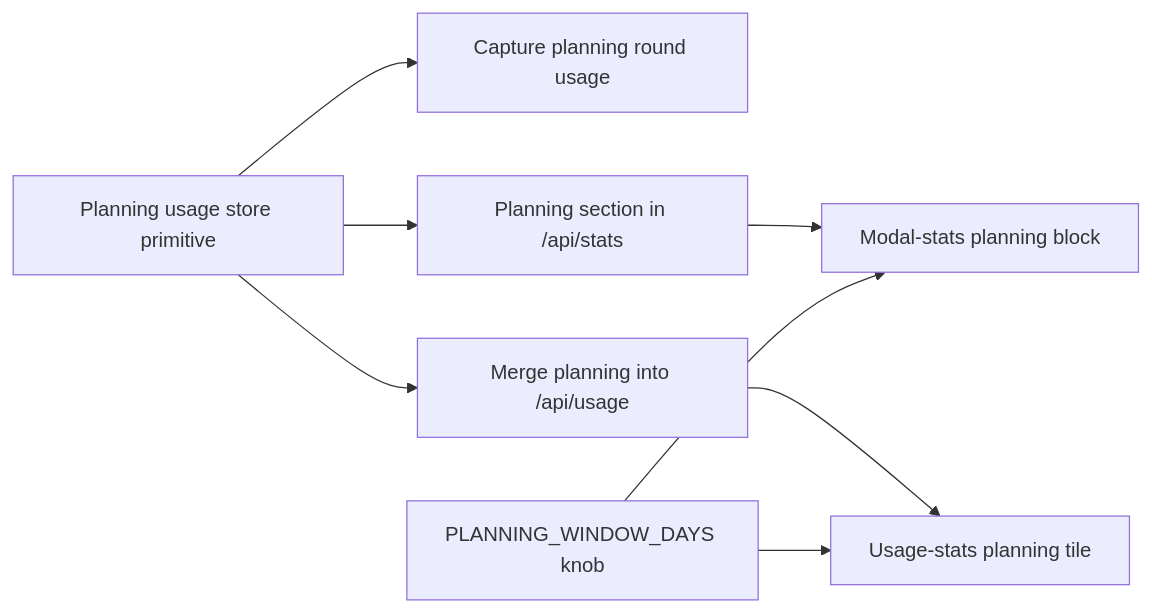
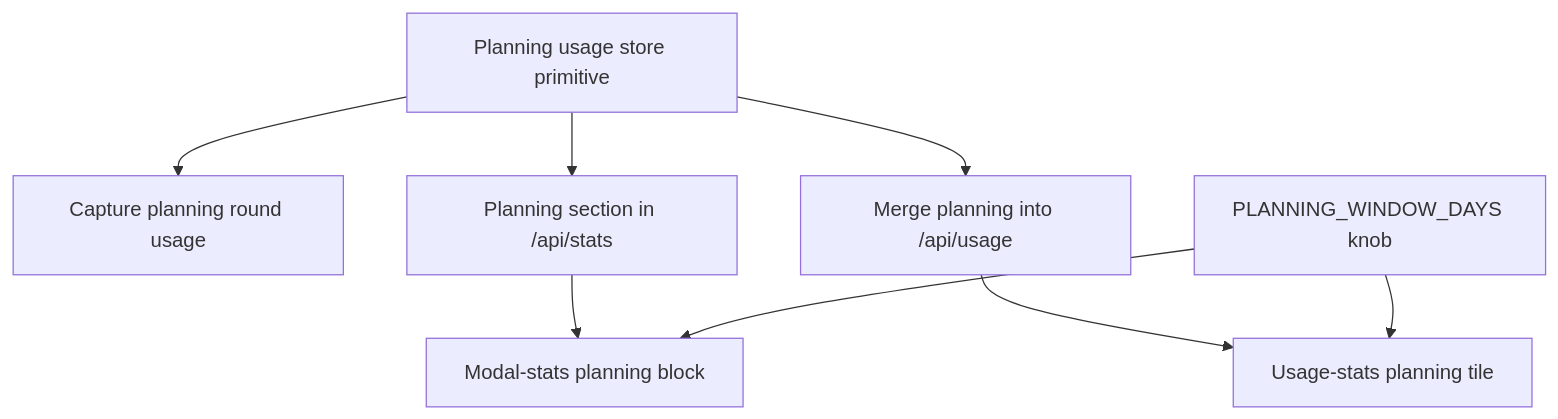
Before and after one commit to changkun/wallfacer: the diagram in specs/.archive/local/spec-coordination/spec-coordination/spec-planning-ux/progress-cost-tracking.md, drawn with Mermaid. The commit also changed 8 other files, not shown here.

First line of the commit message:
docs,specs: repair mermaid diagrams that rendered wrong

````diff
--- a/specs/.archive/local/spec-coordination/spec-coordination/spec-planning-ux/progress-cost-tracking.md
+++ b/specs/.archive/local/spec-coordination/spec-coordination/spec-planning-ux/progress-cost-tracking.md
@@ -165,18 +165,18 @@
 ```mermaid
-graph LR
+graph TD
   A[Planning usage store primitive]
   B[Capture planning round usage]
   C[Planning section in /api/stats]
   D[Merge planning into /api/usage]
   E[PLANNING_WINDOW_DAYS knob]
   F[Modal-stats planning block]
   G[Usage-stats planning tile]
 
   A --> B
   A --> C
   A --> D
   C --> F
   E --> F
   D --> G
   E --> G
 ```
````
